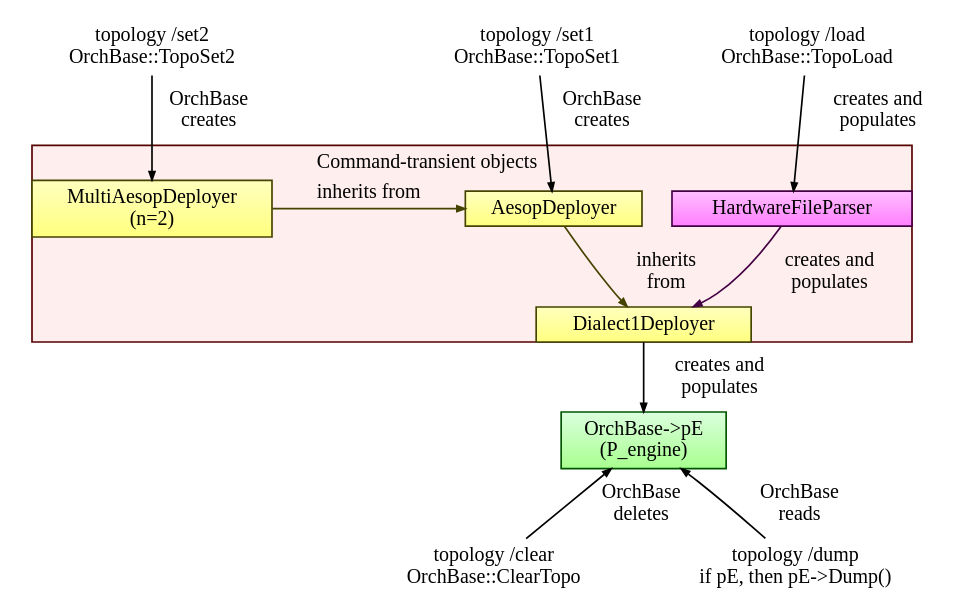
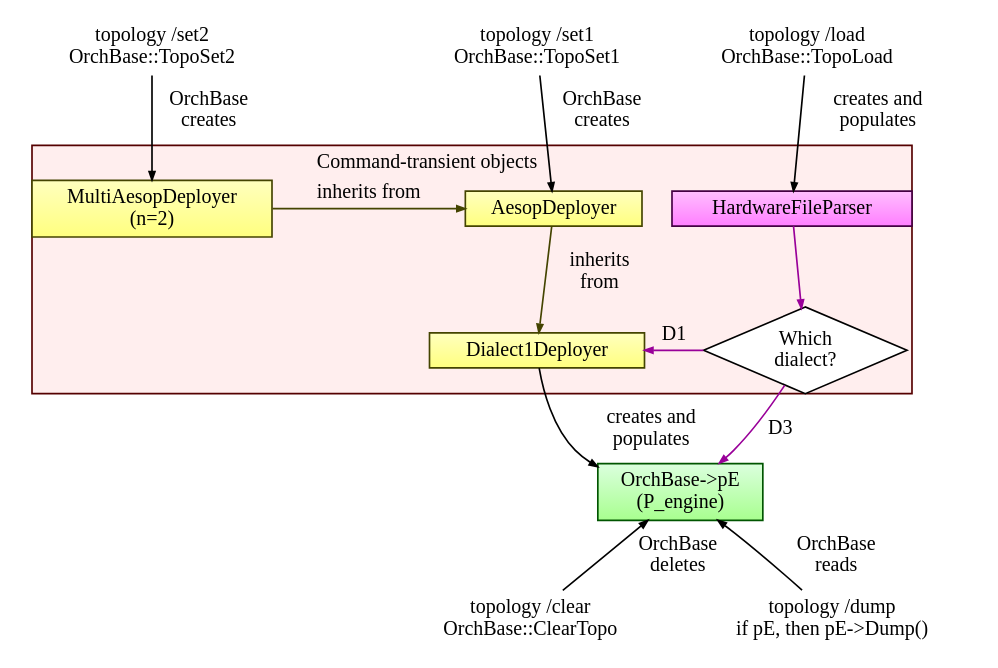
The diagram in images/source/interaction_diagram.dot (POETSII/orchestrator-documentation), drawn with Graphviz before and after one commit.

Commit message:
Update interaction diagram to cope with different dialects in the reader.

```diff
--- a/images/source/interaction_diagram.dot
+++ b/images/source/interaction_diagram.dot
@@ -1,79 +1,91 @@
 digraph G {
     fontname="Inconsolata";
     fontsize=12
     margin=0;
     ranksep=0;
 
     node[fontname="Inconsolata",
          fontsize=12,
          gradientangle=270,
          height=0,
          margin=0.05,
          penwidth=1,
          shape="rect",
          style="filled",
          width=0];
 
     edge[arrowsize=0.5,
          fontname="Inconsolata",
          fontsize=12;
          penwidth=1];
 
     // Black box nodes
     node[color="#ffffff",
          style="solid"];
 
     Set2 [label="topology /set2\nOrchBase::TopoSet2"];
     Set1 [label="topology /set1\nOrchBase::TopoSet1"];
     Load [label="topology /load\nOrchBase::TopoLoad"];
     Clear [label="topology /clear\nOrchBase::ClearTopo"];
     Dump [label="topology /dump\nif pE, then pE->Dump()"];
 
     node[style="filled"];
 
     subgraph cluster_transient {
         color="#550000";
         fillcolor="#ffeeee";
         style="filled";
         label="Command-transient objects                  ";
-
         // Purple nodes
         node[color="#440044",
              fillcolor="#ffbeff:#ff7fff"];
 
         HardwareFileParser;
 
+
+        // Decision nodes
+        node[color="#000000",
+             fillcolor="#FFFFFF",
+             margin=0,
+             shape="diamond"];
+
+        DialectDecision [label="Which\ndialect?"];
+
         // Yellow nodes
         node[color="#444400",
-             fillcolor="#ffffbe:#ffff7f"];
+             fillcolor="#ffffbe:#ffff7f",
+             margin=0.05,
+             shape="rect"];
 
         MultiAesopDeployer [label="MultiAesopDeployer\n(n=2)"];
         AesopDeployer;
         Dialect1Deployer;
     }
 
     // Green nodes
     node[color="#005500",
          fillcolor="#dbffde:#a8ff8f"];
 
     Engine [label="OrchBase->pE\n(P_engine)"];
 
     // Black edges (c&c)
     Set1 -> AesopDeployer [label=" OrchBase\n creates"];
     Set2 -> MultiAesopDeployer [label=" OrchBase\n creates"];
     Load -> HardwareFileParser [label=" creates and\n populates"];
     Engine -> Clear [label="OrchBase\ndeletes", dir="back"];
     Engine -> Dump [label="OrchBase\nreads", dir="back"];
 
     Dialect1Deployer -> Engine [label=" creates and\n populates"];
 
     // Purple edges (file parser)
-    edge[color="#440044"];
-    HardwareFileParser -> Dialect1Deployer [label="creates and\npopulates"];
+    edge[color="#990099"];
+    HardwareFileParser -> DialectDecision;
+    DialectDecision -> Dialect1Deployer [label="D1", constraint="false"];
+    DialectDecision -> Engine [label="D3"];
 
     // Yellow edges (inheritance)
     edge[color="#444400"];
     MultiAesopDeployer -> AesopDeployer [label="inherits from",
                                          constraint=false];
     AesopDeployer -> Dialect1Deployer [label="inherits\nfrom"];
 }
```
